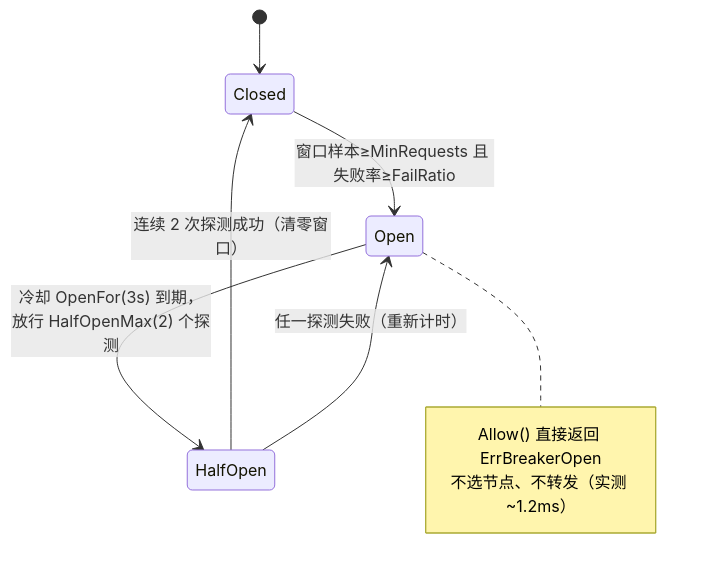
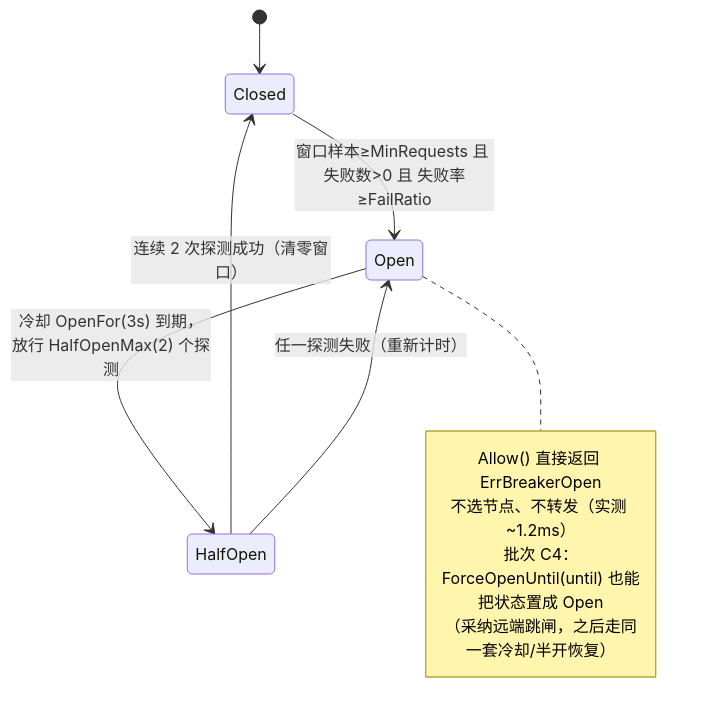
The second of 2 diagrams in docs/项目分析与执行链路.md (Eleven-26/gateway), drawn with Mermaid before and after one commit. The commit also changed other lines of this file and 68 other files, not shown here.

````diff
--- a/docs/项目分析与执行链路.md
+++ b/docs/项目分析与执行链路.md
@@ -603,12 +1047,14 @@
 ```mermaid
 stateDiagram-v2
     [*] --> Closed
-    Closed --> Open: 窗口样本≥MinRequests 且 失败率≥FailRatio
+    Closed --> Open: 窗口样本≥MinRequests 且 失败数>0 且 失败率≥FailRatio
     Open --> HalfOpen: 冷却 OpenFor(3s) 到期，放行 HalfOpenMax(2) 个探测
     HalfOpen --> Closed: 连续 2 次探测成功（清零窗口）
     HalfOpen --> Open: 任一探测失败（重新计时）
     note right of Open
         Allow() 直接返回 ErrBreakerOpen
         不选节点、不转发（实测 ~1.2ms）
+        批次 C4：ForceOpenUntil(until) 也能把状态置成 Open
+        （采纳远端跳闸，之后走同一套冷却/半开恢复）
     end note
 ```
````
